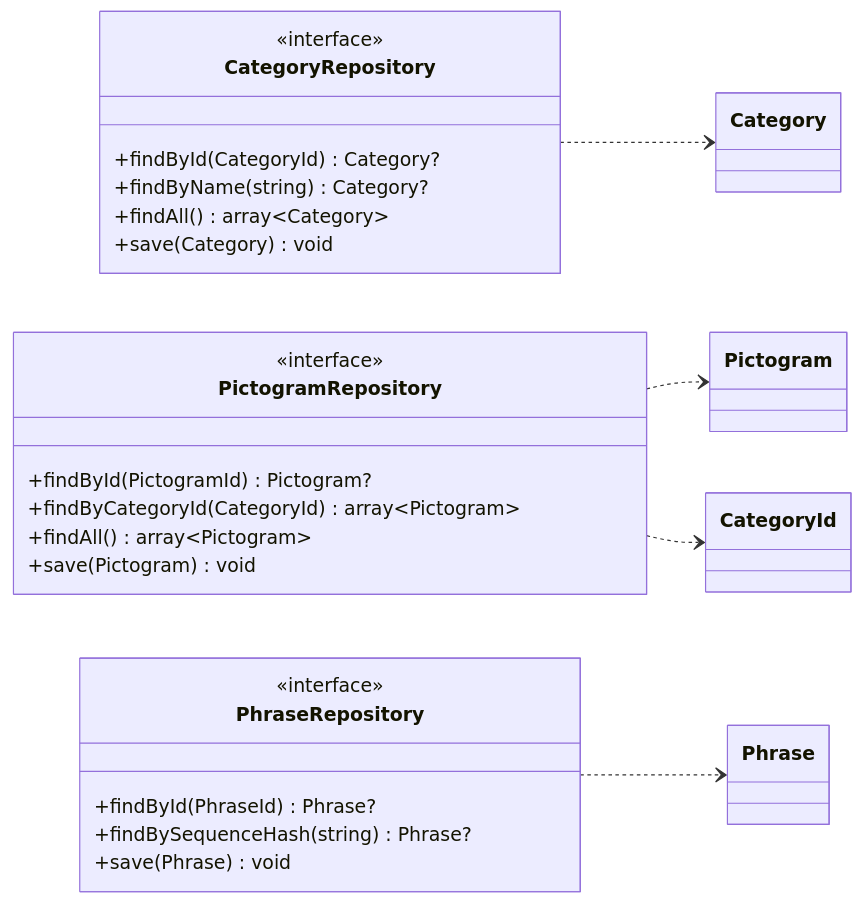
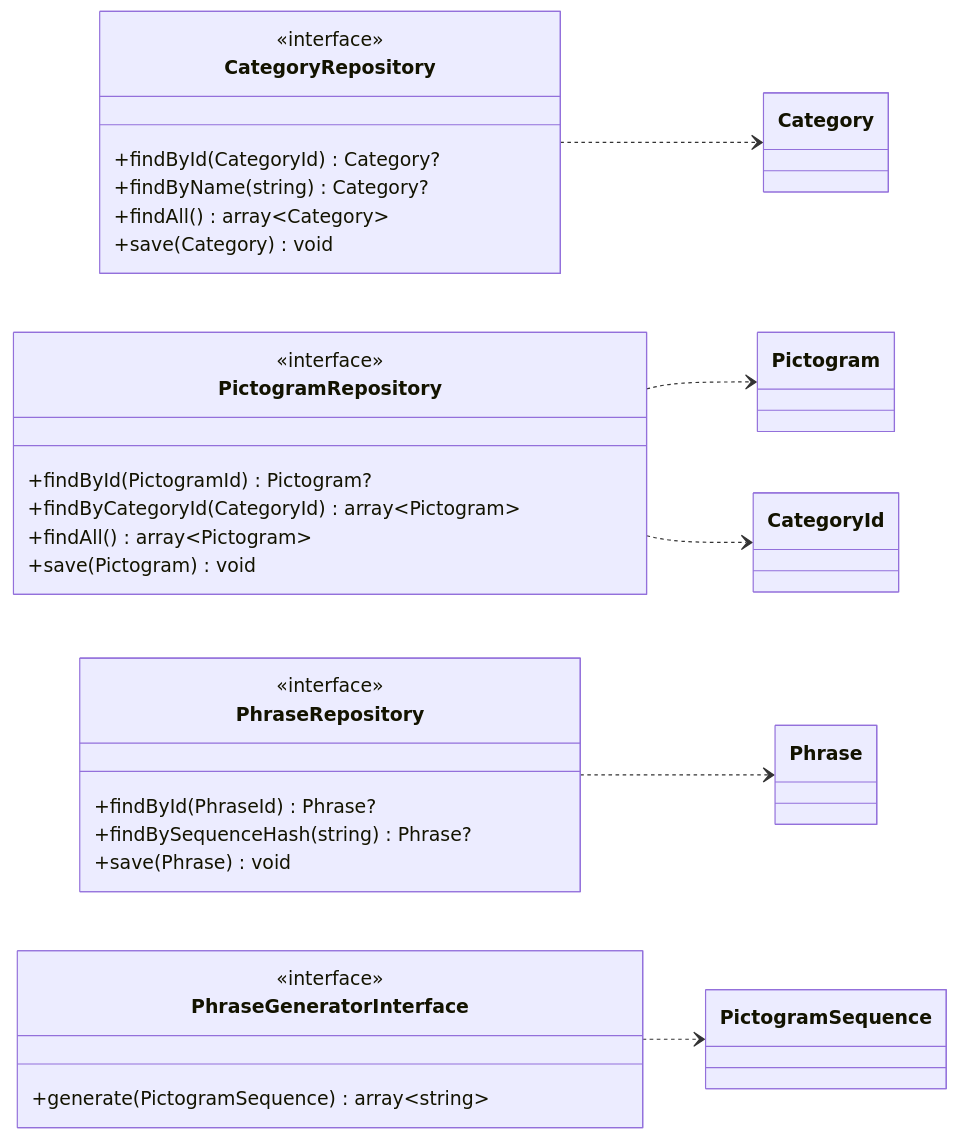
One commit to luismiglezmohino/HablaIA changed the second of 4 diagrams in docs/diagrams/domain-layer.md. Above: the diagram before and after it, drawn with Mermaid. The commit also changed other lines of this file and 3 other files, not shown here.

First line of the commit message:
feat(domain): add PhraseGeneratorInterface for LLM abstraction

````diff
--- a/docs/diagrams/domain-layer.md
+++ b/docs/diagrams/domain-layer.md
@@ -97,32 +97,38 @@
 ```mermaid
 classDiagram
     direction LR
 
     class CategoryRepository {
         <<interface>>
         +findById(CategoryId) Category?
         +findByName(string) Category?
         +findAll() array~Category~
         +save(Category) void
     }
 
     class PictogramRepository {
         <<interface>>
         +findById(PictogramId) Pictogram?
         +findByCategoryId(CategoryId) array~Pictogram~
         +findAll() array~Pictogram~
         +save(Pictogram) void
     }
 
     class PhraseRepository {
         <<interface>>
         +findById(PhraseId) Phrase?
         +findBySequenceHash(string) Phrase?
         +save(Phrase) void
     }
 
+    class PhraseGeneratorInterface {
+        <<interface>>
+        +generate(PictogramSequence) array~string~
+    }
+
     CategoryRepository ..> Category
     PictogramRepository ..> Pictogram
     PictogramRepository ..> CategoryId
     PhraseRepository ..> Phrase
+    PhraseGeneratorInterface ..> PictogramSequence
 ```
````
